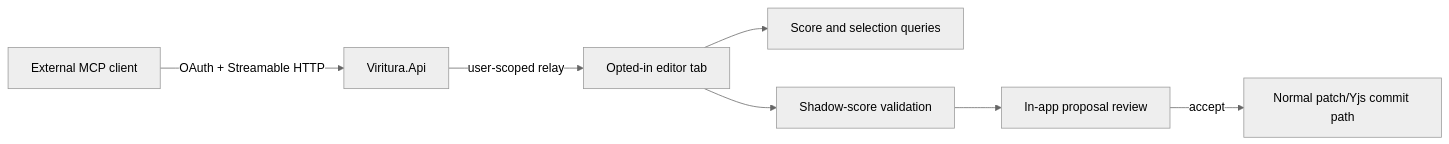
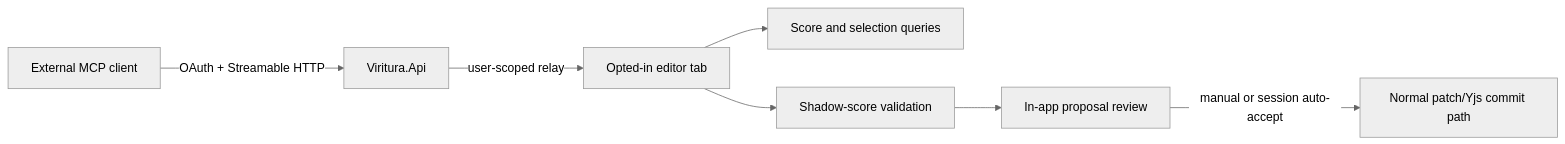
Before and after one commit to Viritura/Viritura: the diagram in docs/spec/mcp-integration.md, drawn with Mermaid (neutral theme). The commit also changed other lines of this file and 18 other files, not shown here.

First line of the commit message:
editor: add session auto-accept for MCP proposals

````diff
--- a/docs/spec/mcp-integration.md
+++ b/docs/spec/mcp-integration.md
@@ -9,9 +9,9 @@
 ```mermaid
 flowchart LR
     Client[External MCP client] -->|OAuth + Streamable HTTP| Api[Viritura.Api]
     Api -->|user-scoped relay| Tab[Opted-in editor tab]
     Tab --> Reads[Score and selection queries]
     Tab --> Shadow[Shadow-score validation]
     Shadow --> Review[In-app proposal review]
-    Review -->|accept| Commit[Normal patch/Yjs commit path]
+    Review -->|manual or session auto-accept| Commit[Normal patch/Yjs commit path]
 ```
````
